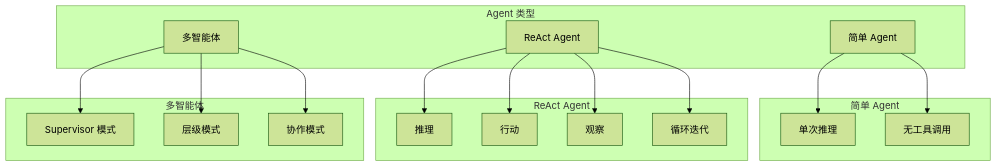
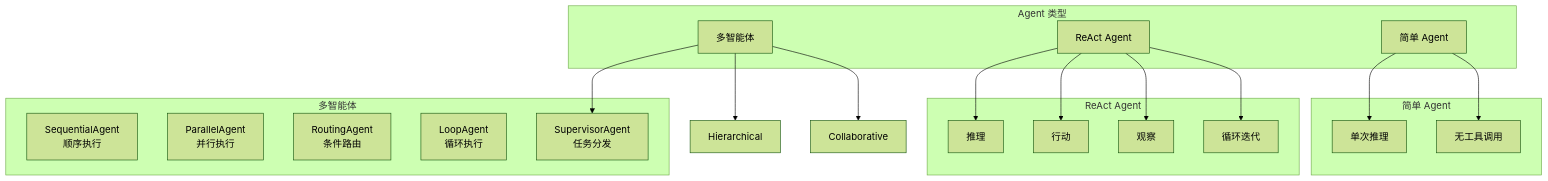
The seventh of 29 diagrams in 开发计划/服务设计/03-ai-core-service-design.md (hanwei808/ai-product-production-guide), drawn with Mermaid (forest theme) before and after one commit. The commit also changed other lines of this file and 6 other files, not shown here.

````diff
--- a/开发计划/服务设计/03-ai-core-service-design.md
+++ b/开发计划/服务设计/03-ai-core-service-design.md
@@ -292,36 +304,38 @@
 ```mermaid
 graph TD
     subgraph Agent 类型
         Simple[简单 Agent]
         ReAct[ReAct Agent]
         Multi[多智能体]
     end
 
     subgraph 简单 Agent
         OneShot[单次推理]
         NoTool[无工具调用]
     end
 
     subgraph ReAct Agent
         Reason[推理]
         Act[行动]
         Observe[观察]
         Loop[循环迭代]
     end
 
     subgraph 多智能体
-        Supervisor[Supervisor 模式]
-        Hierarchical[层级模式]
-        Collaborative[协作模式]
+        Sequential[SequentialAgent<br/>顺序执行]
+        Parallel[ParallelAgent<br/>并行执行]
+        Routing[RoutingAgent<br/>条件路由]
+        LoopAgent[LoopAgent<br/>循环执行]
+        Supervisor[SupervisorAgent<br/>任务分发]
     end
 
     Simple --> OneShot
     Simple --> NoTool
     ReAct --> Reason
     ReAct --> Act
     ReAct --> Observe
     ReAct --> Loop
     Multi --> Supervisor
     Multi --> Hierarchical
     Multi --> Collaborative
 ```
````
